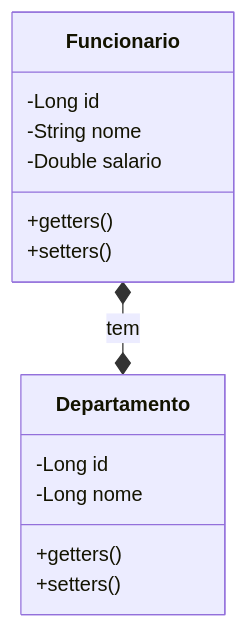
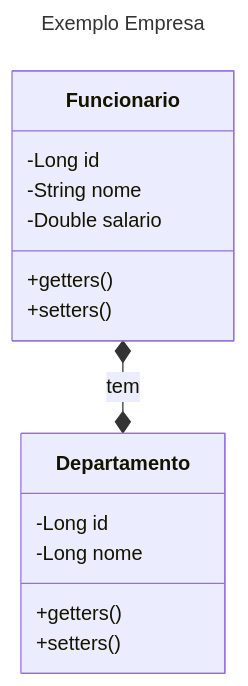
Before and after one commit to lschlestein/hibernate: the diagram in README.md, drawn with Mermaid.

````diff
--- a/README.md
+++ b/README.md
@@ -182,20 +182,20 @@
 ```mermaid
 ---
-Exemplo Empresa
+title: Exemplo Empresa
 ---
 classDiagram
     Funcionario *--* Departamento : tem
     class Funcionario{
         -Long id
         -String nome
         -Double salario
-        +getters()
-        +setters()
+        +getters( )
+        +setters( )
     }
     class Departamento{
         -Long id
         -Long nome
-        +getters()
-        +setters()
+        +getters( )
+        +setters( )
     }
 ```
````
